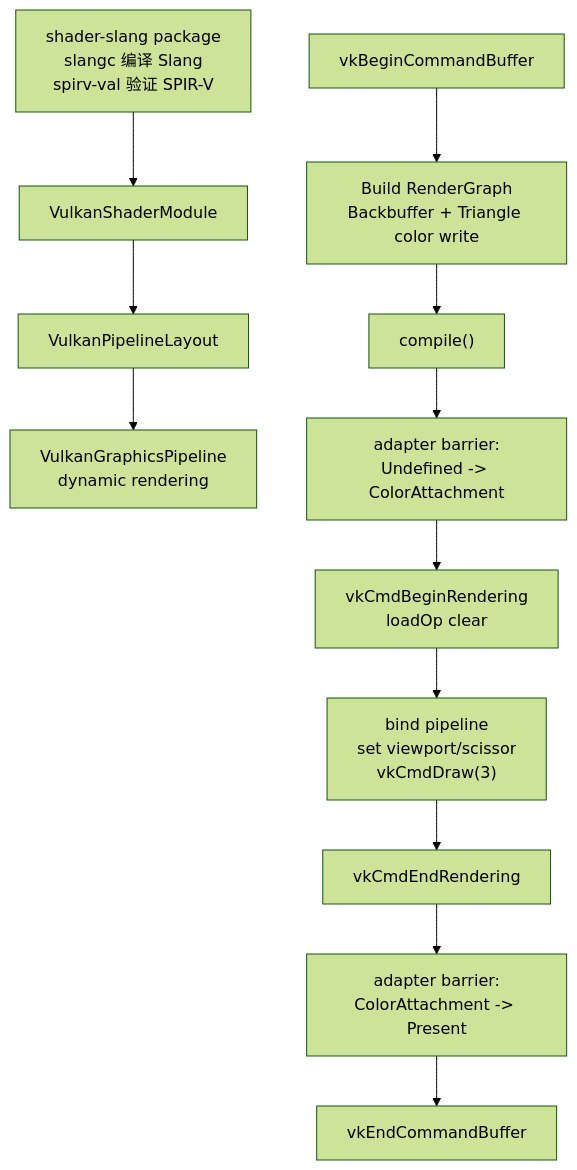
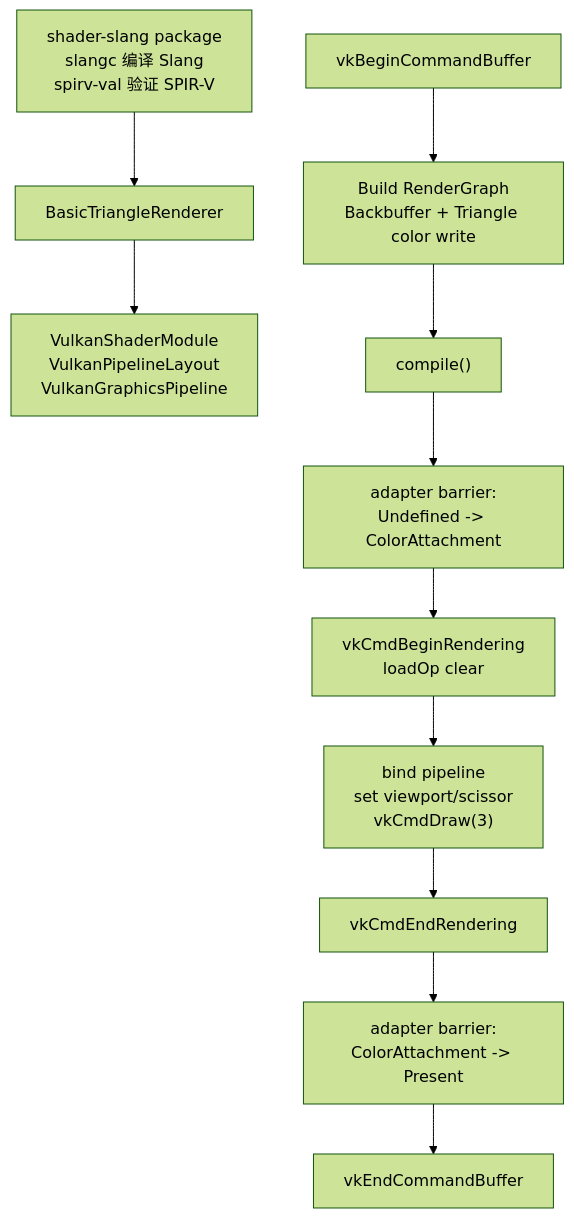
The sixth of 9 diagrams in docs/flow-architecture.md (66six11/Engine), drawn with Mermaid (forest theme) before and after one commit. The commit also changed other lines of this file and 5 other files, not shown here.

Commit message:
Move triangle pipeline setup into renderer basic

````diff
--- a/docs/flow-architecture.md
+++ b/docs/flow-architecture.md
@@ -171,19 +171,18 @@
 ```mermaid
 flowchart TD
     ShaderBuild["shader-slang package<br/>slangc 编译 Slang<br/>spirv-val 验证 SPIR-V"]
-    ShaderModules["VulkanShaderModule"]
-    Layout["VulkanPipelineLayout"]
-    Pipeline["VulkanGraphicsPipeline<br/>dynamic rendering"]
+    RendererObject["BasicTriangleRenderer"]
+    PipelineObjects["VulkanShaderModule<br/>VulkanPipelineLayout<br/>VulkanGraphicsPipeline"]
     Begin["vkBeginCommandBuffer"]
     BuildGraph["Build RenderGraph<br/>Backbuffer + Triangle color write"]
     Compile["compile()"]
     ToColor["adapter barrier:<br/>Undefined -> ColorAttachment"]
     BeginRendering["vkCmdBeginRendering<br/>loadOp clear"]
     Draw["bind pipeline<br/>set viewport/scissor<br/>vkCmdDraw(3)"]
     EndRendering["vkCmdEndRendering"]
     ToPresent["adapter barrier:<br/>ColorAttachment -> Present"]
     End["vkEndCommandBuffer"]
 
-    ShaderBuild --> ShaderModules --> Layout --> Pipeline
+    ShaderBuild --> RendererObject --> PipelineObjects
     Begin --> BuildGraph --> Compile --> ToColor --> BeginRendering --> Draw --> EndRendering --> ToPresent --> End
 ```
````
